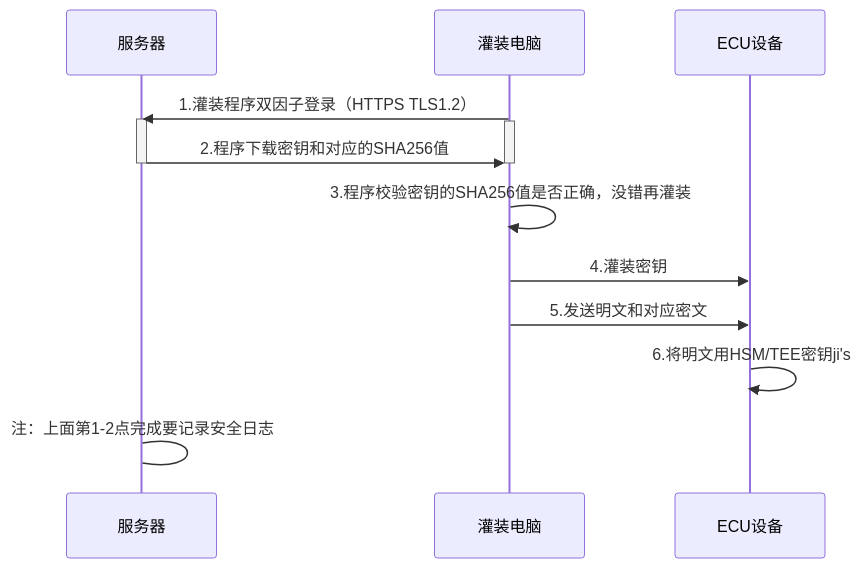
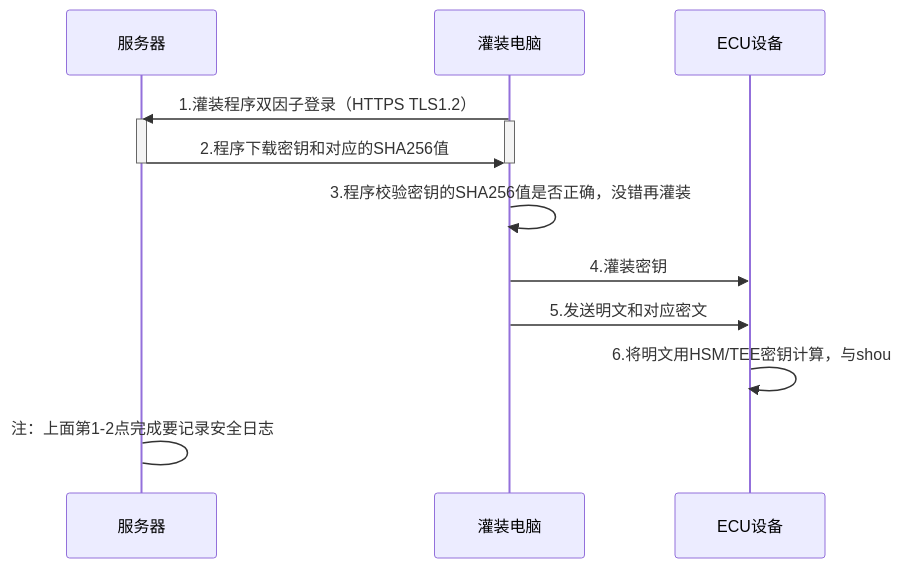
The diagram in all/未命名-25.md (facebook-cloud/iodraw-files), drawn with Mermaid before and after one commit.

Commit message:
2026-04-21 15:23:39 update

````diff
--- a/all/未命名-25.md
+++ b/all/未命名-25.md
@@ -1,23 +1,23 @@
 ```mermaid
 sequenceDiagram
   
     participant B as 服务器
     participant D as 灌装电脑
     participant E as ECU设备
 
     D->>B: 1.灌装程序双因子登录（HTTPS TLS1.2）
     activate B
     activate D
 
     B->>D: 2.程序下载密钥和对应的SHA256值 
 
     deactivate B
     deactivate D
     
     D->>D: 3.程序校验密钥的SHA256值是否正确，没错再灌装
     D->>E: 4.灌装密钥
     D->>E: 5.发送明文和对应密文
-    E->>E: 6.将明文用HSM/TEE密钥ji's
+    E->>E: 6.将明文用HSM/TEE密钥计算，与shou
 
     B->B: 注：上面第1-2点完成要记录安全日志
 ```
````
